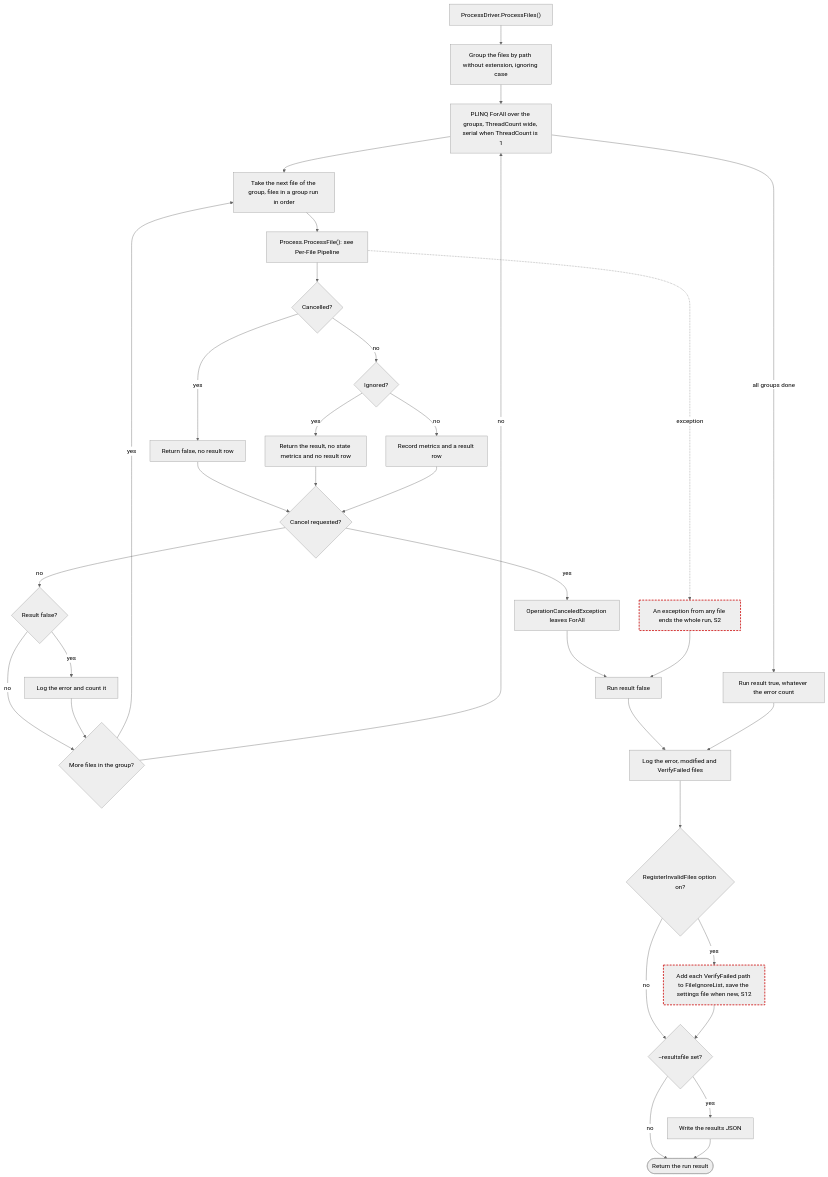
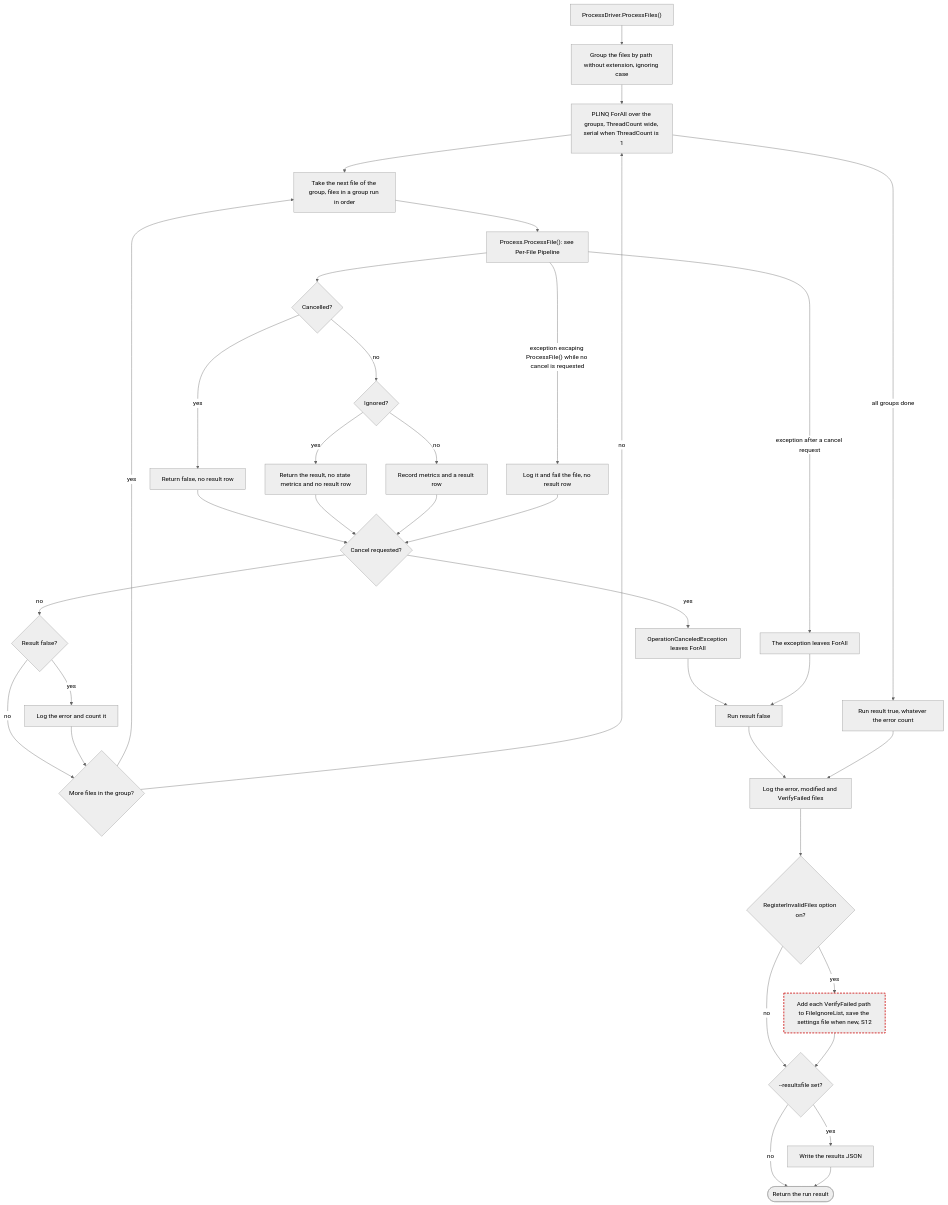
One commit to ptr727/PlexCleaner changed the second of 11 diagrams in ARCHITECTURE.md. Above: the diagram before and after it, drawn with Mermaid (neutral theme). The commit also changed other lines of this file and 7 other files, not shown here.

First line of the commit message:
Fail One File Instead of the Whole Run on a Per-File Exception (#1108)

````diff
--- a/ARCHITECTURE.md
+++ b/ARCHITECTURE.md
@@ -264,36 +264,38 @@
 ```mermaid
 flowchart TD
   A["ProcessDriver.ProcessFiles()"] --> B["Group the files by path without extension, ignoring case"]
   B --> C["PLINQ ForAll over the groups, ThreadCount wide, serial when ThreadCount is 1"]
   C --> D["Take the next file of the group, files in a group run in order"]
   D --> E["Process.ProcessFile(): see Per-File Pipeline"]
   E --> L1{"Cancelled?"}
   L1 -->|yes| L2["Return false, no result row"]
   L1 -->|no| L3{"Ignored?"}
   L3 -->|yes| L4["Return the result, no state metrics and no result row"]
   L3 -->|no| L5["Record metrics and a result row"]
   L2 --> K{"Cancel requested?"}
   L4 --> K
   L5 --> K
   K -->|yes| X1["OperationCanceledException leaves ForAll"]
   K -->|no| K1{"Result false?"}
   K1 -->|yes| K2["Log the error and count it"]
   K1 -->|no| N
   K2 --> N{"More files in the group?"}
   N -->|yes| D
   N -->|no| C
-  E -.->|exception| X2["An exception from any file ends the whole run, S2"]:::suspect
+  E -->|"exception escaping ProcessFile() while no cancel is requested"| E1["Log it and fail the file, no result row"]
+  E1 --> K
+  E -->|"exception after a cancel request"| X3["The exception leaves ForAll"]
   X1 --> RF["Run result false"]
-  X2 --> RF
+  X3 --> RF
   C -->|all groups done| RT["Run result true, whatever the error count"]
   RF --> P["Log the error, modified and VerifyFailed files"]
   RT --> P
   P --> Q{"RegisterInvalidFiles option on?"}
   Q -->|yes| Q1["Add each VerifyFailed path to FileIgnoreList, save the settings file when new, S12"]:::suspect
   Q -->|no| W
   Q1 --> W{"--resultsfile set?"}
   W -->|yes| W1["Write the results JSON"]
   W -->|no| Z(["Return the run result"])
   W1 --> Z
   classDef suspect stroke:#c00,stroke-width:2px,stroke-dasharray:5 3
 ```
````
